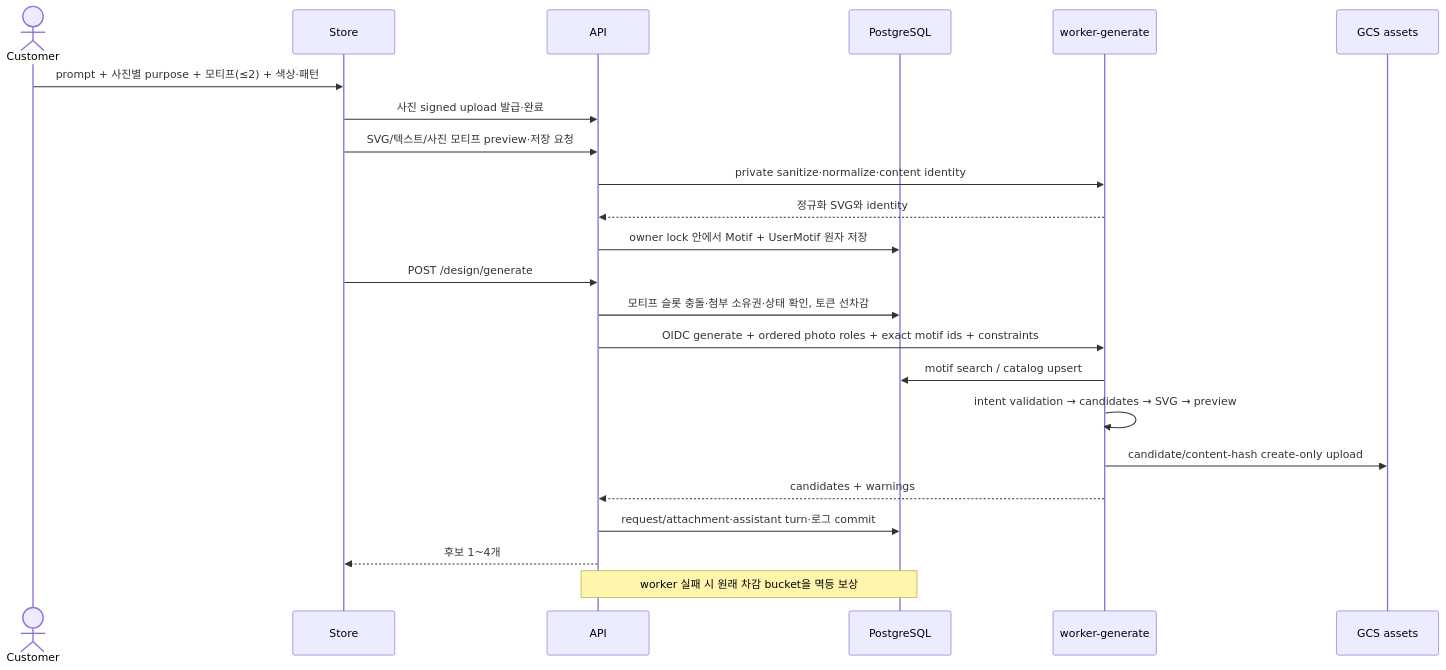
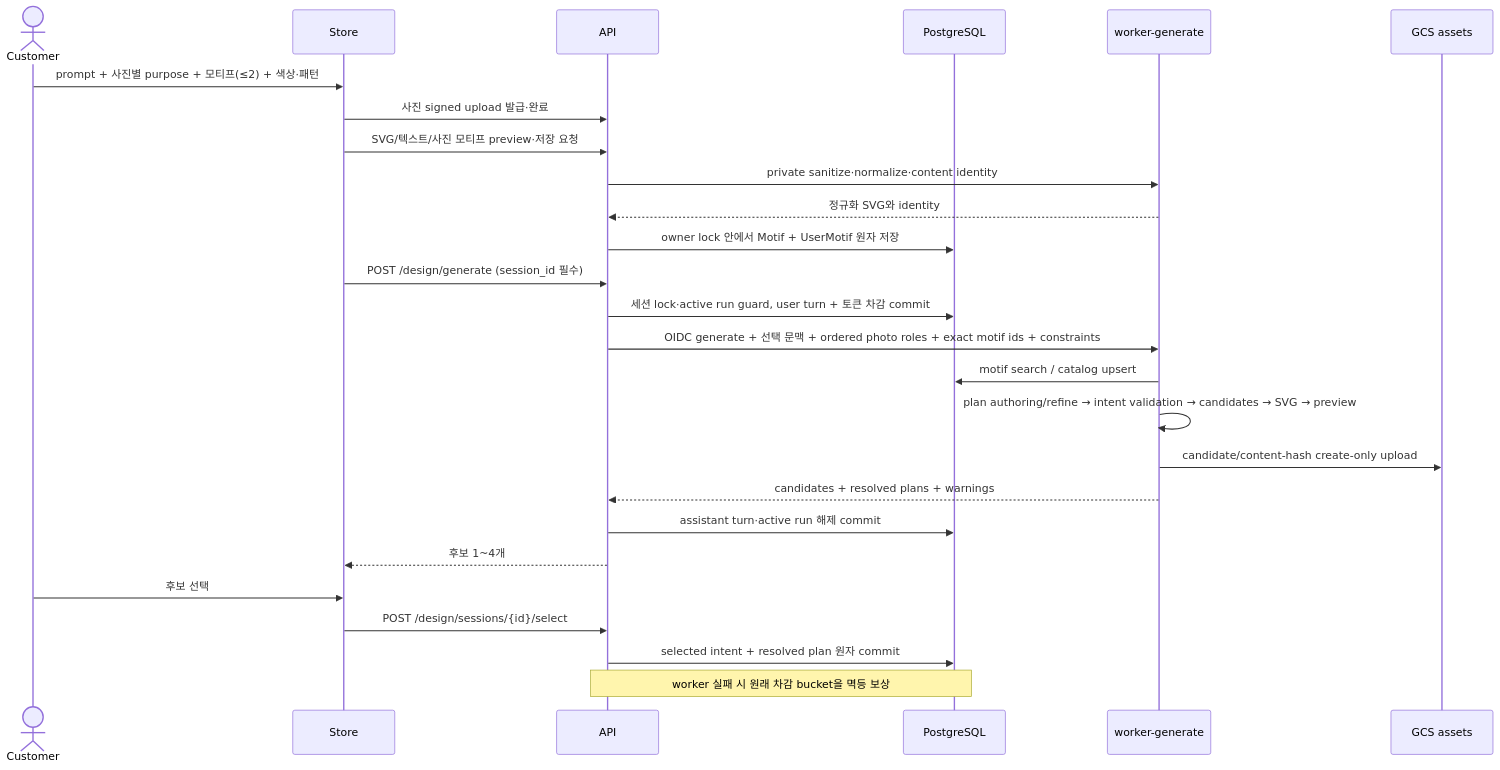
One commit to Bongseop-Kim/essesion changed the fifth of 8 diagrams in ARCHITECTURE.md. Above: the diagram before and after it, drawn with Mermaid. The commit also changed other lines of this file and 38 other files, not shown here.

First line of the commit message:
Implement design conversation memory for generation sessions

````diff
--- a/ARCHITECTURE.md
+++ b/ARCHITECTURE.md
@@ -543,27 +543,30 @@
 ```mermaid
 sequenceDiagram
     actor U as Customer
     participant S as Store
     participant A as API
     participant DB as PostgreSQL
     participant W as worker-generate
     participant G as GCS assets
 
     U->>S: prompt + 사진별 purpose + 모티프(≤2) + 색상·패턴
     S->>A: 사진 signed upload 발급·완료
     S->>A: SVG/텍스트/사진 모티프 preview·저장 요청
     A->>W: private sanitize·normalize·content identity
     W-->>A: 정규화 SVG와 identity
     A->>DB: owner lock 안에서 Motif + UserMotif 원자 저장
-    S->>A: POST /design/generate
-    A->>DB: 모티프 슬롯 충돌·첨부 소유권·상태 확인, 토큰 선차감
-    A->>W: OIDC generate + ordered photo roles + exact motif ids + constraints
+    S->>A: POST /design/generate (session_id 필수)
+    A->>DB: 세션 lock·active run guard, user turn + 토큰 차감 commit
+    A->>W: OIDC generate + 선택 문맥 + ordered photo roles + exact motif ids + constraints
     W->>DB: motif search / catalog upsert
-    W->>W: intent validation → candidates → SVG → preview
+    W->>W: plan authoring/refine → intent validation → candidates → SVG → preview
     W->>G: candidate/content-hash create-only upload
-    W-->>A: candidates + warnings
-    A->>DB: request/attachment·assistant turn·로그 commit
+    W-->>A: candidates + resolved plans + warnings
+    A->>DB: assistant turn·active run 해제 commit
     A-->>S: 후보 1~4개
+    U->>S: 후보 선택
+    S->>A: POST /design/sessions/{id}/select
+    A->>DB: selected intent + resolved plan 원자 commit
 
     Note over A,DB: worker 실패 시 원래 차감 bucket을 멱등 보상
 ```
````
